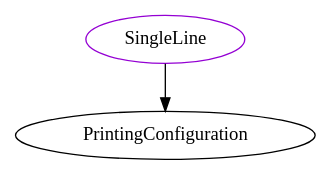
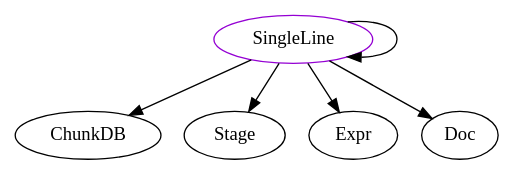
One commit to JacquesCarette/Drasil changed the diagram in analysis/TypeDependencyGraphs/printers/SingleLine.dot. Above: the diagram before and after it, drawn with Graphviz. The commit also changed 958 other files, not shown here.

```diff
--- a/analysis/TypeDependencyGraphs/printers/SingleLine.dot
+++ b/analysis/TypeDependencyGraphs/printers/SingleLine.dot
@@ -1,4 +1,8 @@
 digraph singleline{
 SingleLine	[shape=oval, color=darkviolet, label="SingleLine"];
-SingleLine -> PrintingConfiguration;
+SingleLine -> ChunkDB;
+SingleLine -> Stage;
+SingleLine -> SingleLine;
+SingleLine -> Expr;
+SingleLine -> Doc;
 }
```
